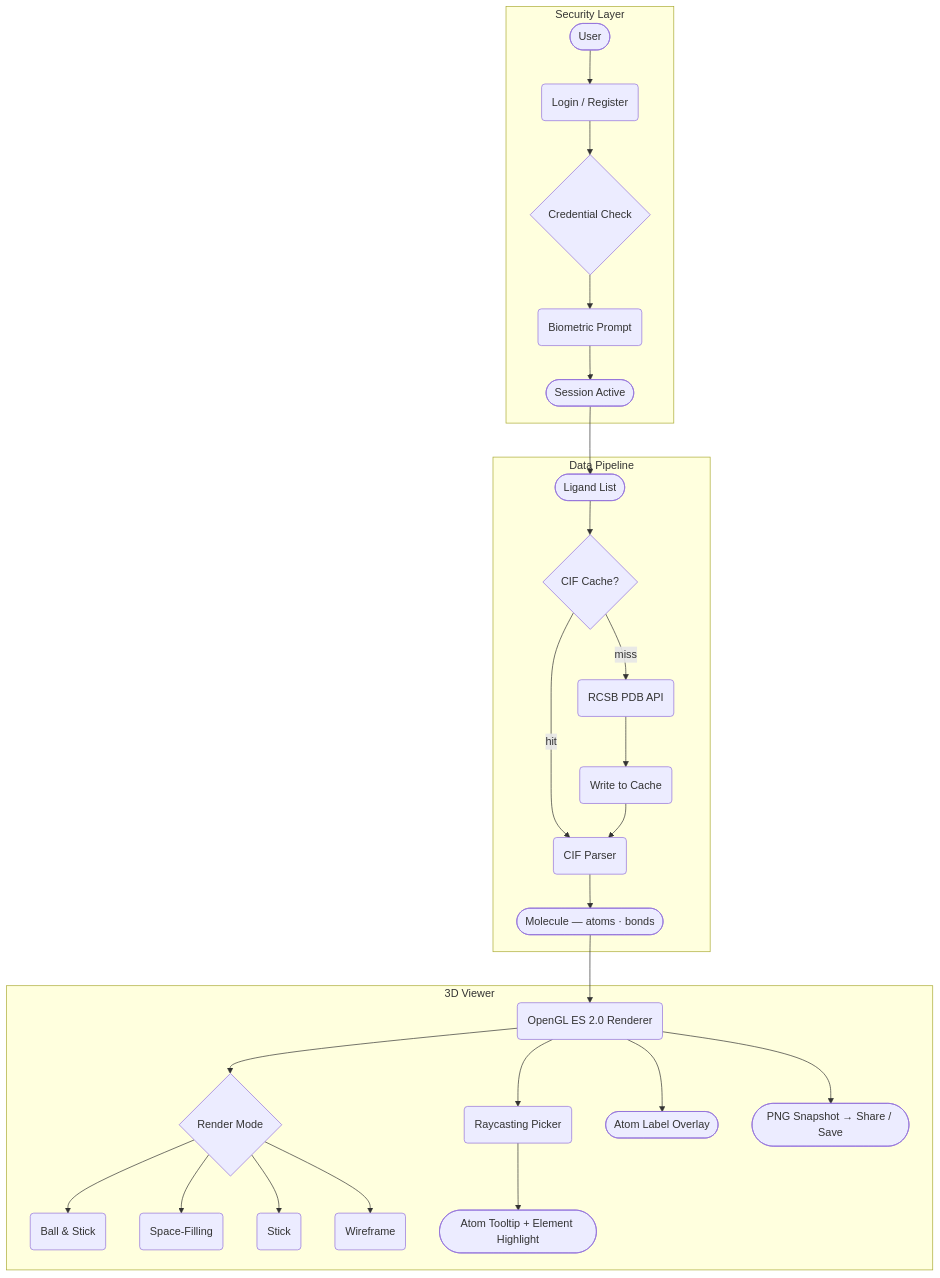
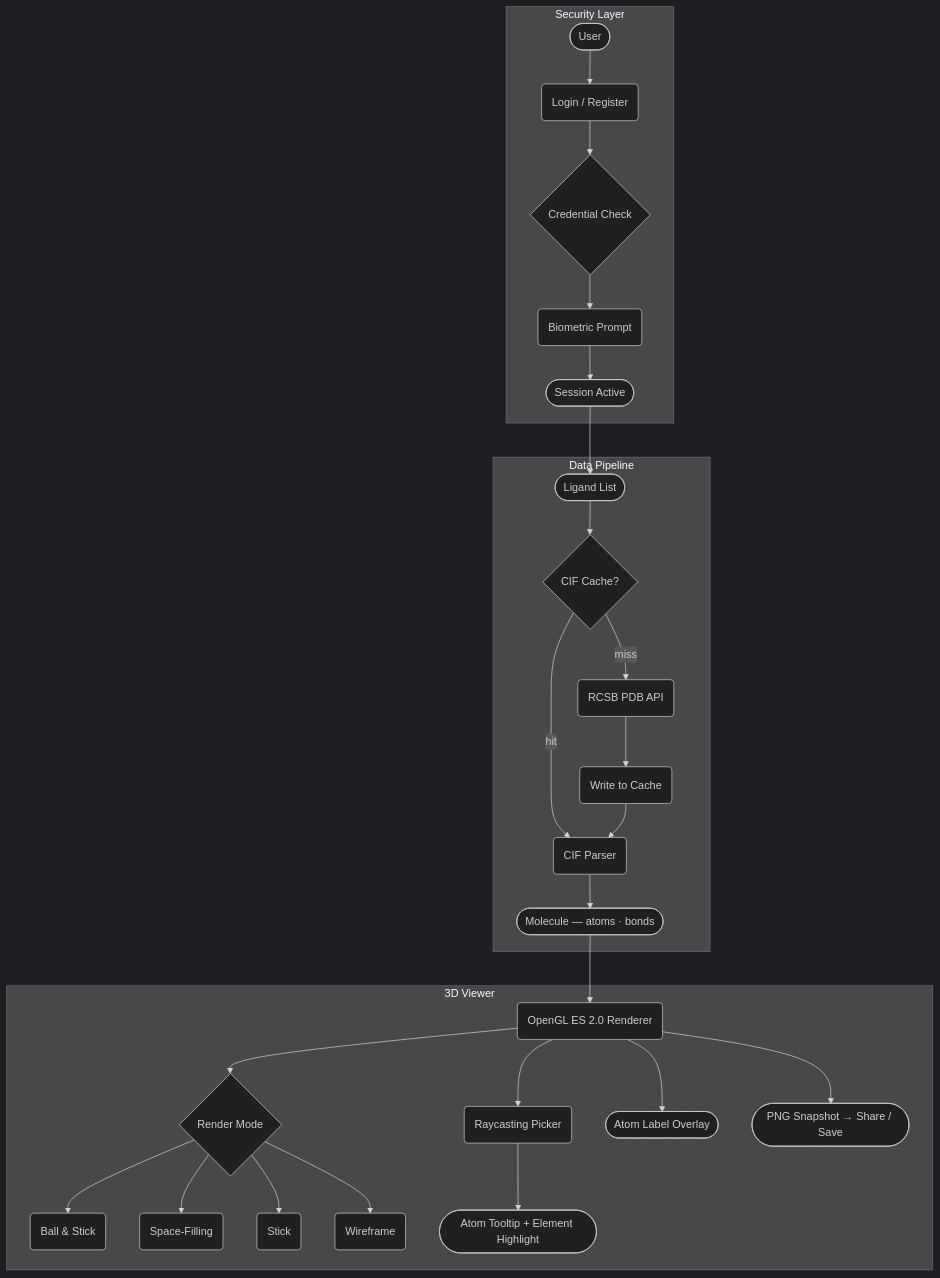
The second of 2 diagrams in README.md (42-Projects-LH/swifty-proteins), drawn with Mermaid before and after one commit. The commit also changed other lines of this file, not shown here.

Commit message:
docs(readme): rewrite with architecture diagrams and dark theme graphs

````diff
--- a/README.md
+++ b/README.md
@@ -75,32 +76,33 @@
 ```mermaid
+%%{init: {'theme': 'dark'}}%%
 flowchart TD
     subgraph Security ["Security Layer"]
         A([User]) --> B(Login / Register)
         B --> C{Credential Check}
         C --> D(Biometric Prompt)
         D --> E([Session Active])
     end
 
     subgraph DataPipeline ["Data Pipeline"]
         E --> F([Ligand List])
         F --> G{CIF Cache?}
         G -- hit  --> I(CIF Parser)
         G -- miss --> H(RCSB PDB API)
         H --> H2(Write to Cache)
         H2 --> I
         I --> J([Molecule — atoms · bonds])
     end
 
     subgraph Viewer ["3D Viewer"]
         J --> K(OpenGL ES 2.0 Renderer)
         K --> L{Render Mode}
         L --> M(Ball & Stick)
         L --> N(Space-Filling)
         L --> O(Stick)
         L --> P(Wireframe)
         K --> Q(Raycasting Picker)
         Q --> R([Atom Tooltip + Element Highlight])
         K --> S([Atom Label Overlay])
         K --> T([PNG Snapshot → Share / Save])
     end
 ```
````
